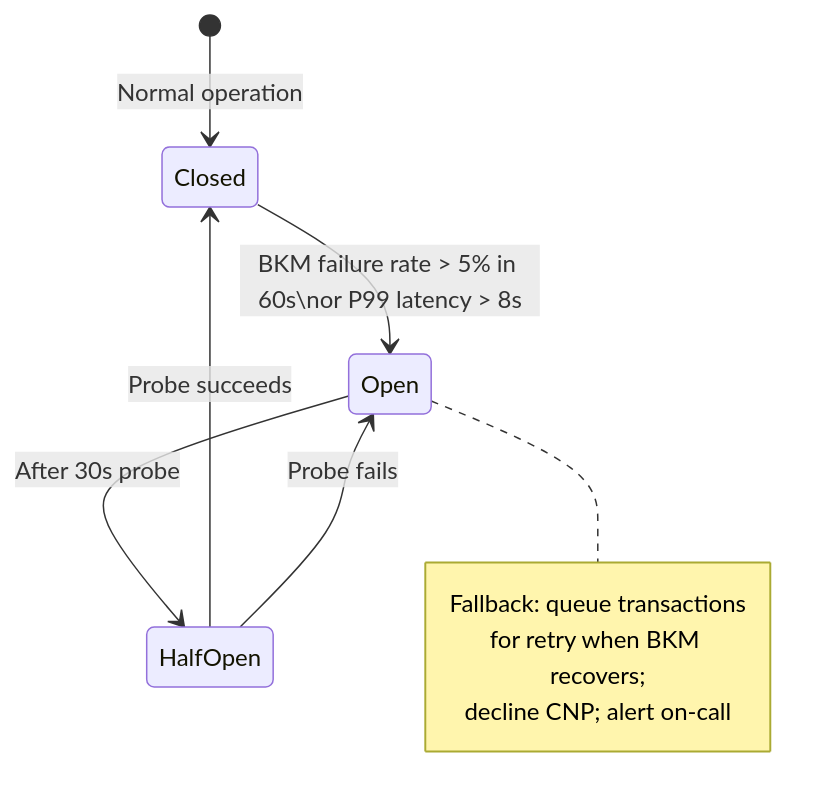
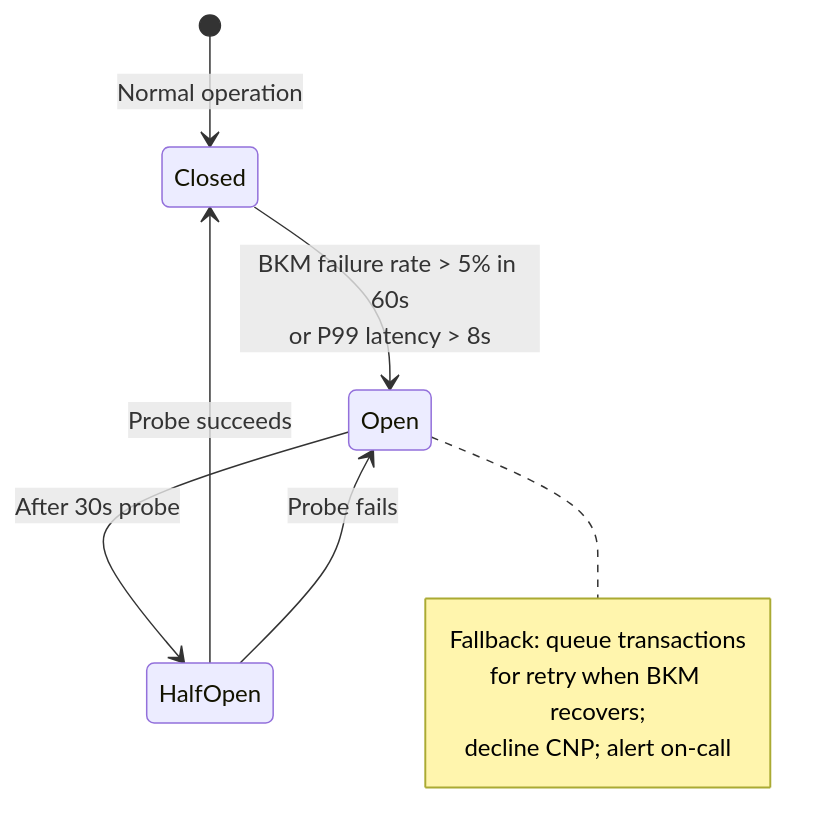
One commit to gurkanindibay/azure_learning changed diagram 25 of 35 in architecture-general/09-industry-specialized-architectures/9.1.1-financial-services-architecture/9.1.1.4-turkish-payment-system-architecture.md. Above: the diagram before and after it, drawn with Mermaid. The commit also changed other lines of this file, not shown here.

````diff
--- a/architecture-general/09-industry-specialized-architectures/9.1.1-financial-services-architecture/9.1.1.4-turkish-payment-system-architecture.md
+++ b/architecture-general/09-industry-specialized-architectures/9.1.1-financial-services-architecture/9.1.1.4-turkish-payment-system-architecture.md
@@ -815,13 +1056,13 @@
 ```mermaid
 stateDiagram-v2
     [*] --> Closed: Normal operation
-    Closed --> Open: BKM failure rate > 5% in 60s\nor P99 latency > 8s
+    Closed --> Open: BKM failure rate > 5% in 60s<br/>or P99 latency > 8s
     Open --> HalfOpen: After 30s probe
     HalfOpen --> Closed: Probe succeeds
     HalfOpen --> Open: Probe fails
     note right of Open
         Fallback: queue transactions
         for retry when BKM recovers;
         decline CNP; alert on-call
     end note
 ```
````
